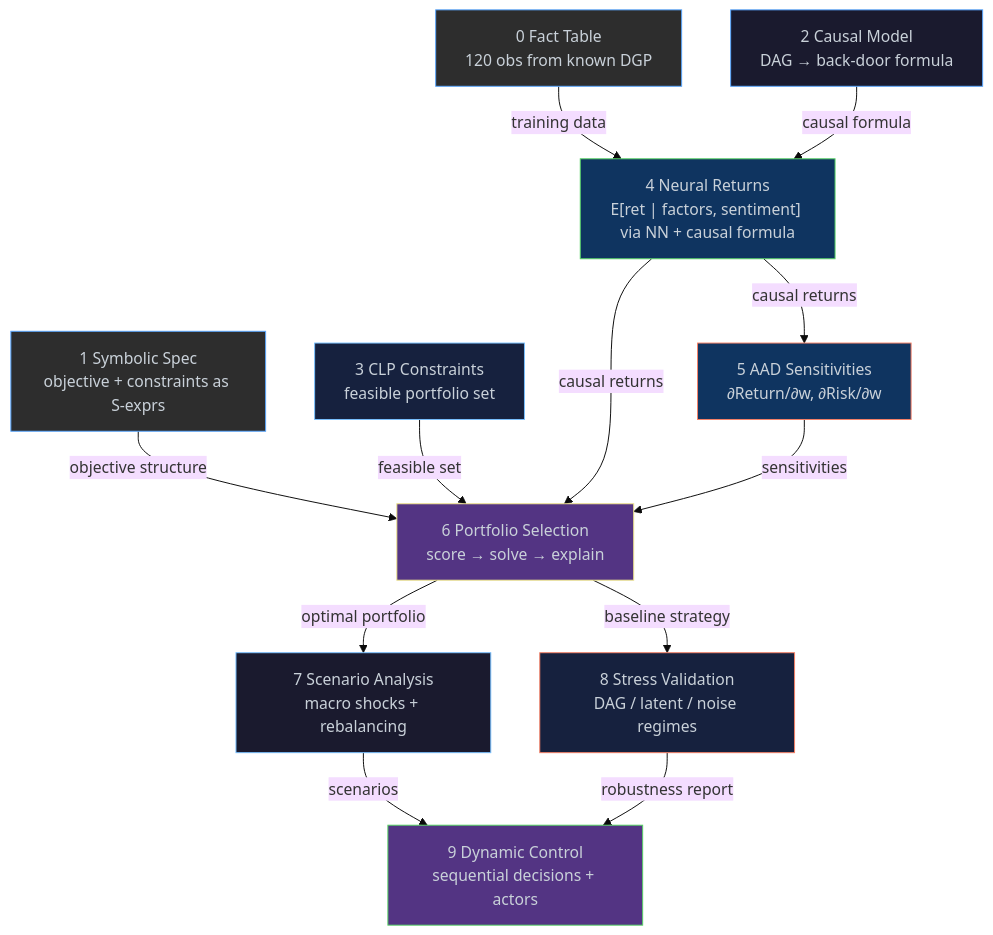
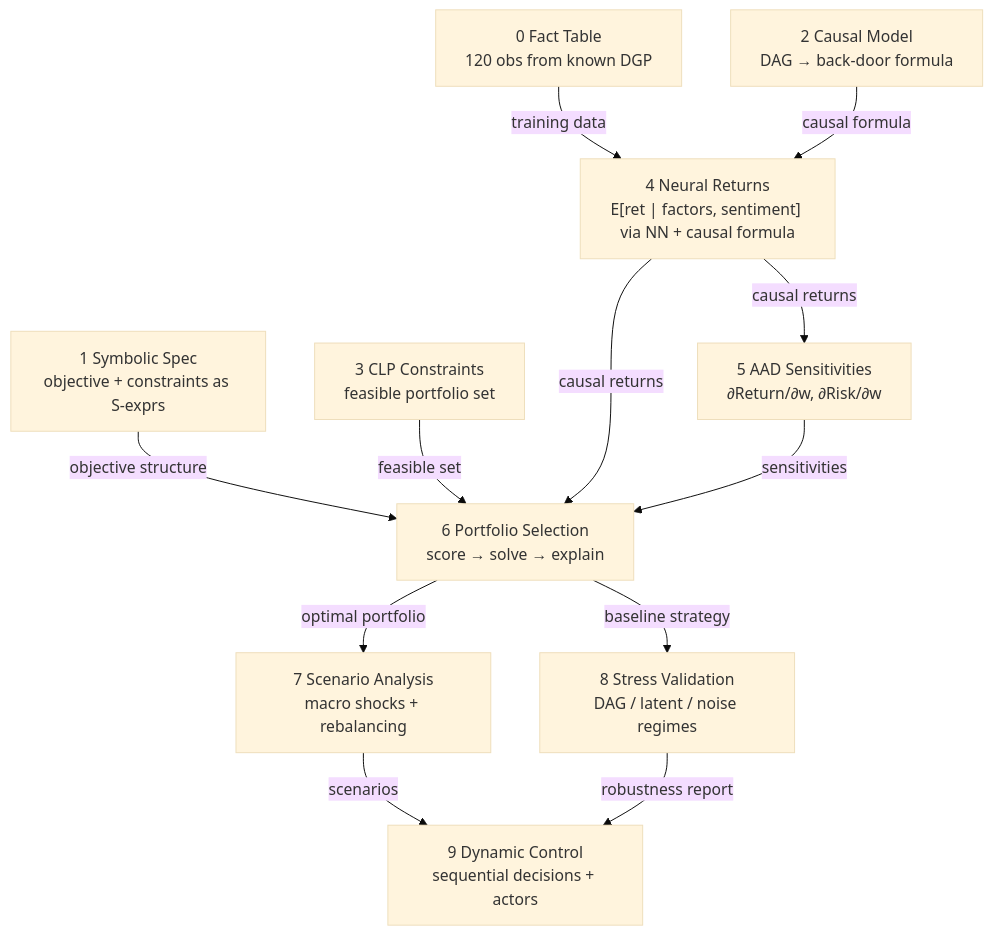
The diagram in docs/featured/portfolio.md (lewismj/eta), drawn with Mermaid (base theme) before and after one commit. The commit also changed 20 other files, not shown here.

````diff
--- a/docs/featured/portfolio.md
+++ b/docs/featured/portfolio.md
@@ -131,36 +131,25 @@
 ```mermaid
 flowchart TD
     S0["0 Fact Table\n120 obs from known DGP"]
     S1["1 Symbolic Spec\nobjective + constraints as S-exprs"]
     S2["2 Causal Model\nDAG → back-door formula"]
     S3["3 CLP Constraints\nfeasible portfolio set"]
     S4["4 Neural Returns\nE[ret | factors, sentiment] via NN + causal formula"]
     S5["5 AAD Sensitivities\n∂Return/∂w, ∂Risk/∂w"]
     S6["6 Portfolio Selection\nscore → solve → explain"]
     S7["7 Scenario Analysis\nmacro shocks + rebalancing"]
     S8["8 Stress Validation\nDAG / latent / noise regimes"]
     S9["9 Dynamic Control\nsequential decisions + actors"]
 
     S0 -->|"training data"| S4
     S1 -->|"objective structure"| S6
     S2 -->|"causal formula"| S4
     S3 -->|"feasible set"| S6
     S4 -->|"causal returns"| S5
     S4 -->|"causal returns"| S6
     S5 -->|"sensitivities"| S6
     S6 -->|"optimal portfolio"| S7
     S6 -->|"baseline strategy"| S8
     S7 -->|"scenarios"| S9
     S8 -->|"robustness report"| S9
-
-    style S0 fill:#2d2d2d,stroke:#58a6ff,color:#c9d1d9
-    style S1 fill:#2d2d2d,stroke:#58a6ff,color:#c9d1d9
-    style S2 fill:#1a1a2e,stroke:#58a6ff,color:#c9d1d9
-    style S3 fill:#16213e,stroke:#79c0ff,color:#c9d1d9
-    style S4 fill:#0f3460,stroke:#56d364,color:#c9d1d9
-    style S5 fill:#0f3460,stroke:#f78166,color:#c9d1d9
-    style S6 fill:#533483,stroke:#f0e68c,color:#c9d1d9
-    style S7 fill:#1a1a2e,stroke:#79c0ff,color:#c9d1d9
-    style S8 fill:#16213e,stroke:#f78166,color:#c9d1d9
-    style S9 fill:#533483,stroke:#56d364,color:#c9d1d9
 ```
````
